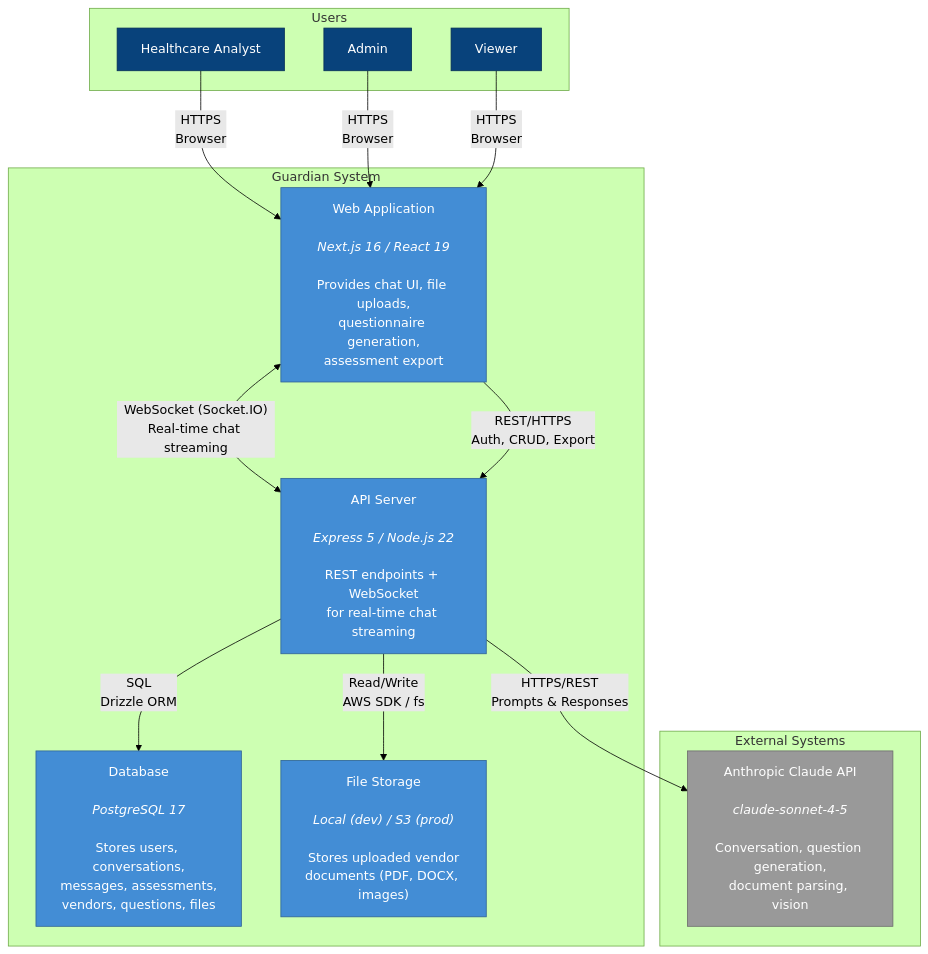
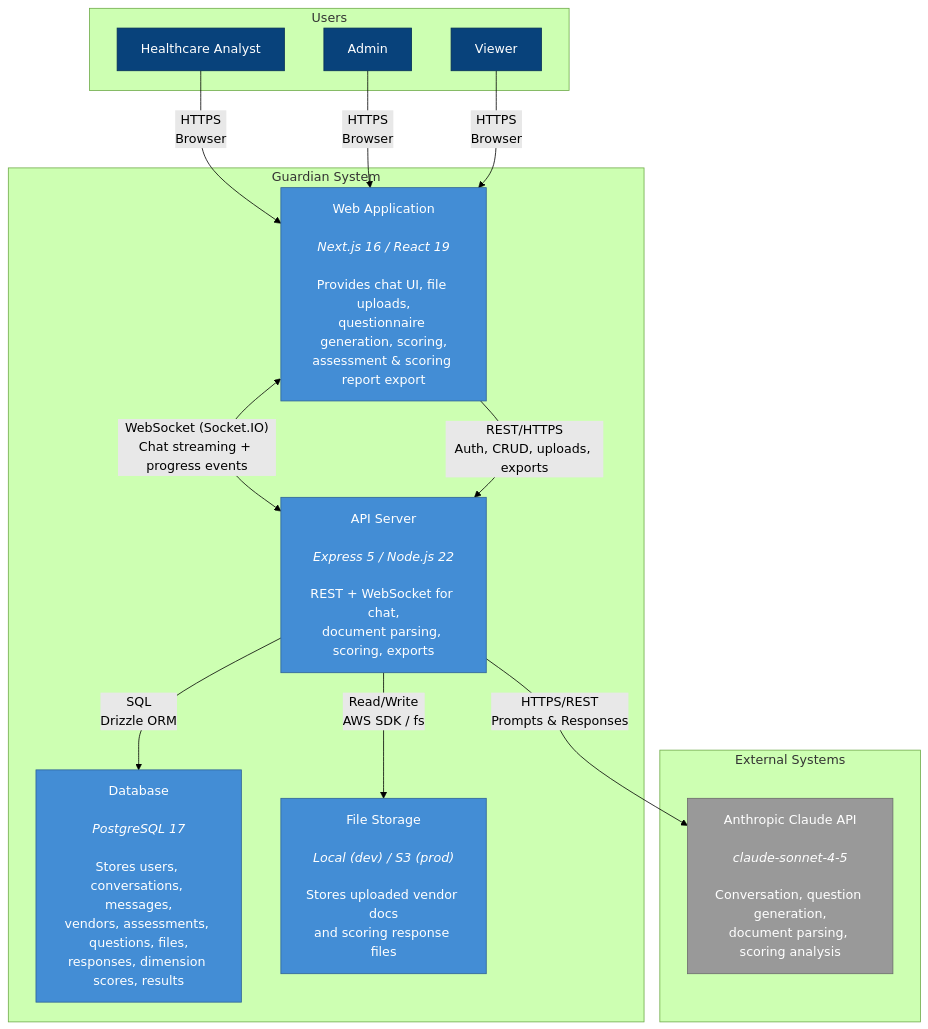
Before and after one commit to MazRadwan/guardian-local: the second of 4 diagrams in docs/architecture/c4-diagrams.md, drawn with Mermaid (forest theme). The commit also changed other lines of this file, not shown here.

First line of the commit message:
docs: Update C4 diagrams to reflect scoring workflow

````diff
--- a/docs/architecture/c4-diagrams.md
+++ b/docs/architecture/c4-diagrams.md
@@ -61,42 +61,42 @@
 ```mermaid
 flowchart TB
     subgraph users["Users"]
         analyst["Healthcare Analyst"]
         admin["Admin"]
         viewer["Viewer"]
     end
 
     subgraph guardian["Guardian System"]
-        webapp["Web Application<br><br><i>Next.js 16 / React 19</i><br><br>Provides chat UI, file uploads,<br>questionnaire generation,<br>assessment export"]
+        webapp["Web Application<br><br><i>Next.js 16 / React 19</i><br><br>Provides chat UI, file uploads,<br>questionnaire generation, scoring,<br>assessment & scoring report export"]
 
-        api["API Server<br><br><i>Express 5 / Node.js 22</i><br><br>REST endpoints + WebSocket<br>for real-time chat streaming"]
+        api["API Server<br><br><i>Express 5 / Node.js 22</i><br><br>REST + WebSocket for chat,<br>document parsing, scoring, exports"]
 
-        db["Database<br><br><i>PostgreSQL 17</i><br><br>Stores users, conversations,<br>messages, assessments,<br>vendors, questions, files"]
+        db["Database<br><br><i>PostgreSQL 17</i><br><br>Stores users, conversations, messages,<br>vendors, assessments, questions, files,<br>responses, dimension scores, results"]
 
-        storage["File Storage<br><br><i>Local (dev) / S3 (prod)</i><br><br>Stores uploaded vendor<br>documents (PDF, DOCX, images)"]
+        storage["File Storage<br><br><i>Local (dev) / S3 (prod)</i><br><br>Stores uploaded vendor docs<br>and scoring response files"]
     end
 
     subgraph external["External Systems"]
-        claude["Anthropic Claude API<br><br><i>claude-sonnet-4-5</i><br><br>Conversation, question generation,<br>document parsing, vision"]
+        claude["Anthropic Claude API<br><br><i>claude-sonnet-4-5</i><br><br>Conversation, question generation,<br>document parsing, scoring analysis"]
     end
 
     analyst -->|"HTTPS<br>Browser"| webapp
     admin -->|"HTTPS<br>Browser"| webapp
     viewer -->|"HTTPS<br>Browser"| webapp
 
-    webapp <-->|"WebSocket (Socket.IO)<br>Real-time chat streaming"| api
-    webapp -->|"REST/HTTPS<br>Auth, CRUD, Export"| api
+    webapp <-->|"WebSocket (Socket.IO)<br>Chat streaming + progress events"| api
+    webapp -->|"REST/HTTPS<br>Auth, CRUD, uploads, exports"| api
 
     api -->|"SQL<br>Drizzle ORM"| db
     api -->|"Read/Write<br>AWS SDK / fs"| storage
     api -->|"HTTPS/REST<br>Prompts & Responses"| claude
 
     style webapp fill:#438DD5,stroke:#2E6295,color:#fff
     style api fill:#438DD5,stroke:#2E6295,color:#fff
     style db fill:#438DD5,stroke:#2E6295,color:#fff
     style storage fill:#438DD5,stroke:#2E6295,color:#fff
     style claude fill:#999999,stroke:#6B6B6B,color:#fff
     style analyst fill:#08427B,stroke:#052E56,color:#fff
     style admin fill:#08427B,stroke:#052E56,color:#fff
     style viewer fill:#08427B,stroke:#052E56,color:#fff
 ```
````
